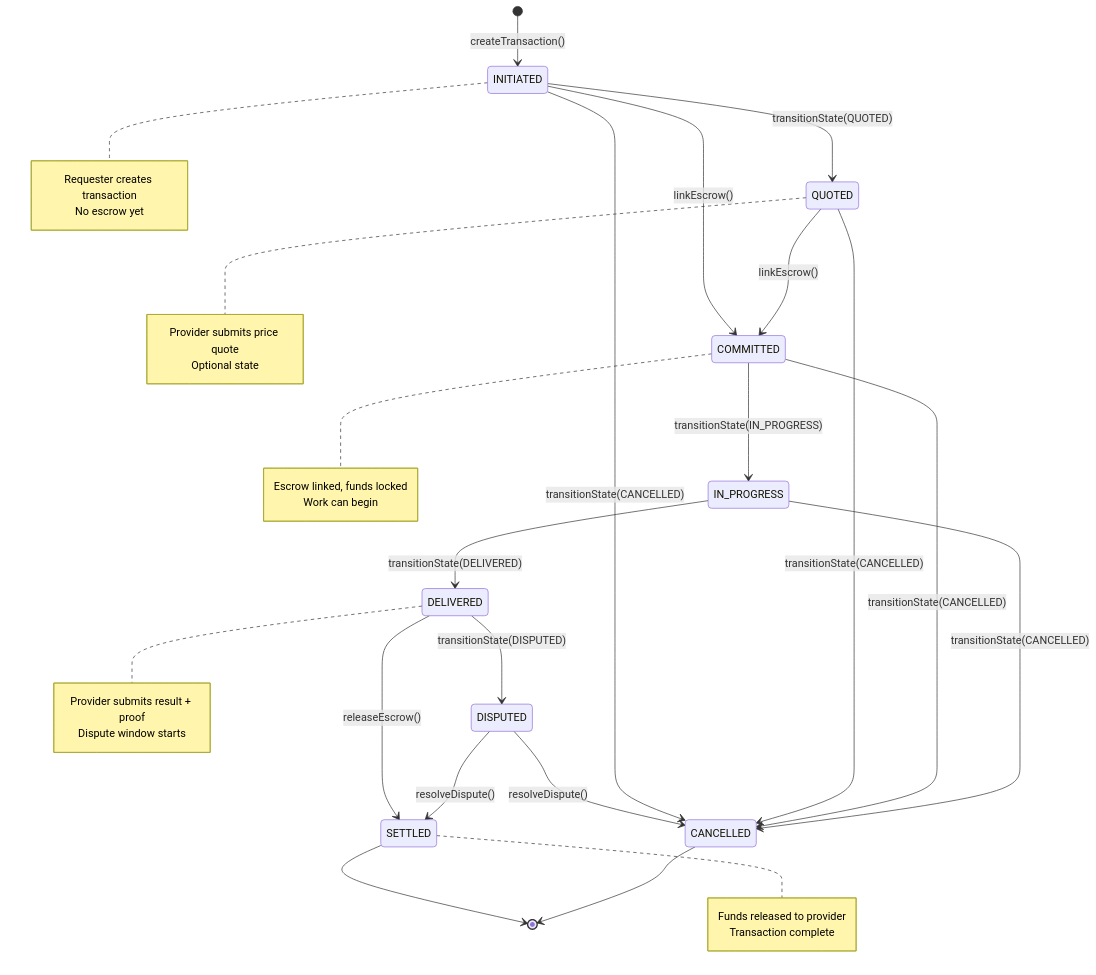
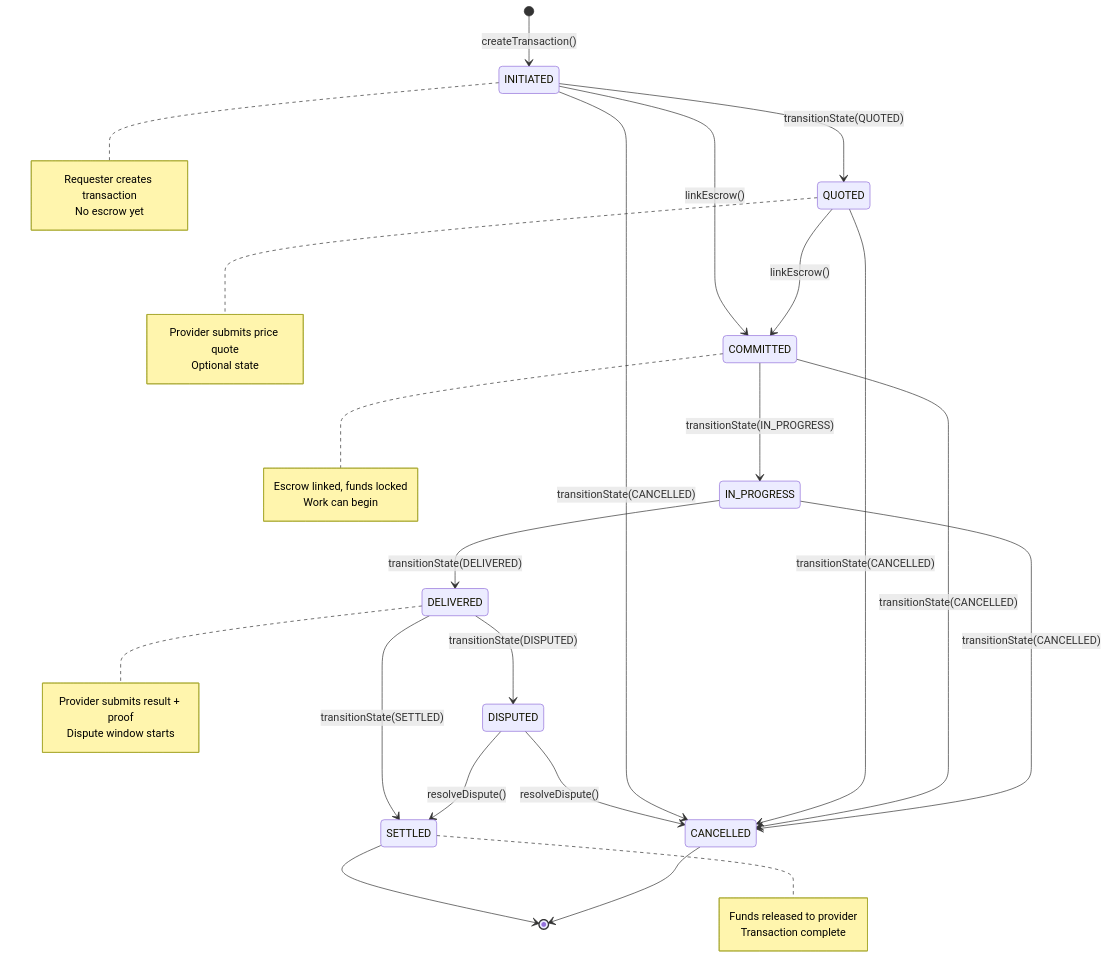
Before and after one commit to agirails/docs: the diagram in docs/concepts/transaction-lifecycle.md, drawn with Mermaid. The commit also changed other lines of this file and 3 other files, not shown here.

````diff
--- a/docs/concepts/transaction-lifecycle.md
+++ b/docs/concepts/transaction-lifecycle.md
@@ -13,46 +13,46 @@
 ```mermaid
 stateDiagram-v2
     [*] --> INITIATED: createTransaction()
     INITIATED --> QUOTED: transitionState(QUOTED)
     INITIATED --> COMMITTED: linkEscrow()
     QUOTED --> COMMITTED: linkEscrow()
     COMMITTED --> IN_PROGRESS: transitionState(IN_PROGRESS)
     IN_PROGRESS --> DELIVERED: transitionState(DELIVERED)
-    DELIVERED --> SETTLED: releaseEscrow()
+    DELIVERED --> SETTLED: transitionState(SETTLED)
     DELIVERED --> DISPUTED: transitionState(DISPUTED)
     DISPUTED --> SETTLED: resolveDispute()
     DISPUTED --> CANCELLED: resolveDispute()
 
     INITIATED --> CANCELLED: transitionState(CANCELLED)
     QUOTED --> CANCELLED: transitionState(CANCELLED)
     COMMITTED --> CANCELLED: transitionState(CANCELLED)
     IN_PROGRESS --> CANCELLED: transitionState(CANCELLED)
 
     SETTLED --> [*]
     CANCELLED --> [*]
 
     note right of INITIATED
         Requester creates transaction
         No escrow yet
     end note
 
     note right of QUOTED
         Provider submits price quote
         Optional state
     end note
 
     note right of COMMITTED
         Escrow linked, funds locked
         Work can begin
     end note
 
     note right of DELIVERED
         Provider submits result + proof
         Dispute window starts
     end note
 
     note right of SETTLED
         Funds released to provider
         Transaction complete
     end note
 ```
````
